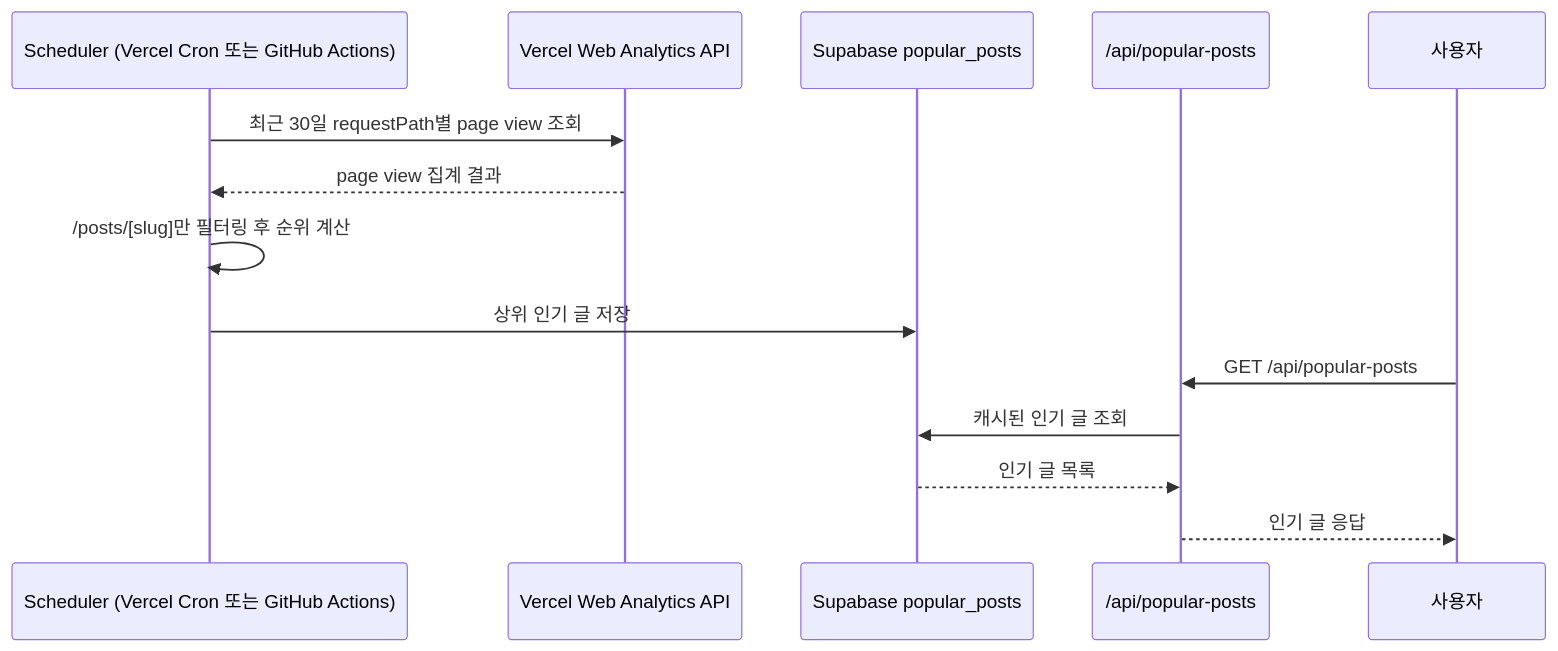
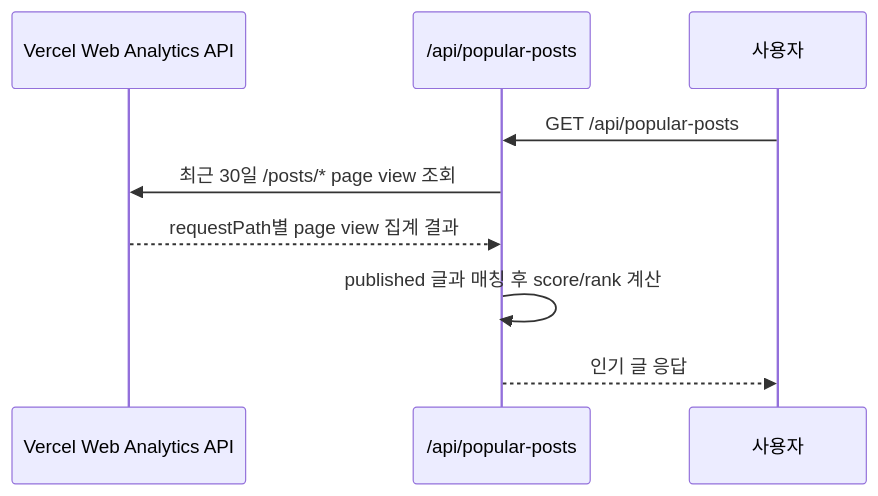
Before and after one commit to inaemin/blog: the fifth of 6 diagrams in docs/architecture/infra.md, drawn with Mermaid. The commit also changed other lines of this file and 1 other file, not shown here.

First line of the commit message:
docs(architecture): 인기 글 인프라 흐름 갱신

````diff
--- a/docs/architecture/infra.md
+++ b/docs/architecture/infra.md
@@ -150,18 +146,12 @@
 ```mermaid
 sequenceDiagram
-  participant J as Scheduler (Vercel Cron 또는 GitHub Actions)
   participant A as Vercel Web Analytics API
-  participant S as Supabase popular_posts
   participant P as /api/popular-posts
   participant U as 사용자
 
-  J->>A: 최근 30일 requestPath별 page view 조회
-  A-->>J: page view 집계 결과
-  J->>J: /posts/[slug]만 필터링 후 순위 계산
-  J->>S: 상위 인기 글 저장
-
   U->>P: GET /api/popular-posts
-  P->>S: 캐시된 인기 글 조회
-  S-->>P: 인기 글 목록
+  P->>A: 최근 30일 /posts/* page view 조회
+  A-->>P: requestPath별 page view 집계 결과
+  P->>P: published 글과 매칭 후 score/rank 계산
   P-->>U: 인기 글 응답
 ```
````
